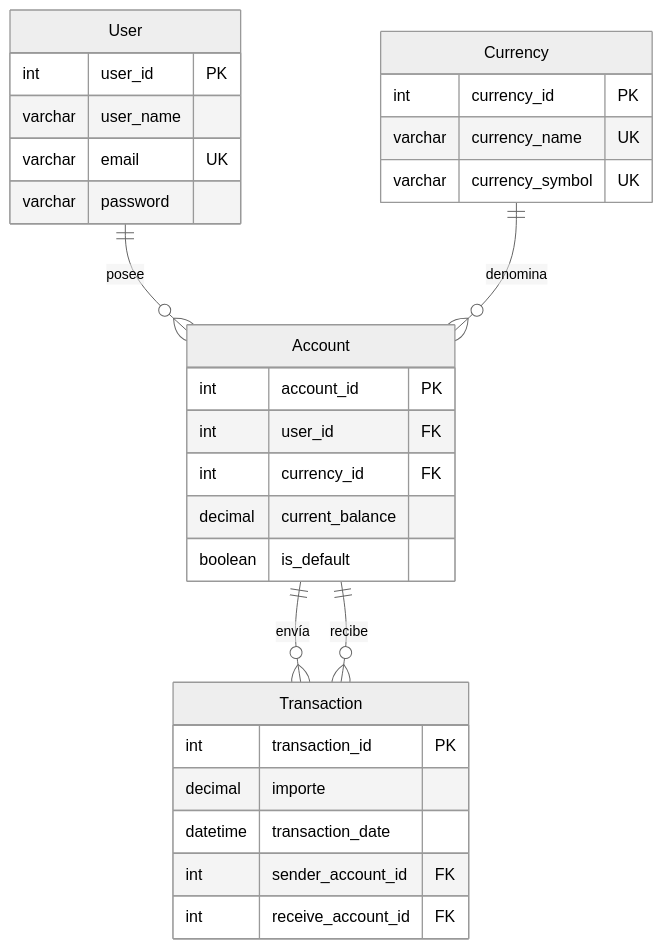
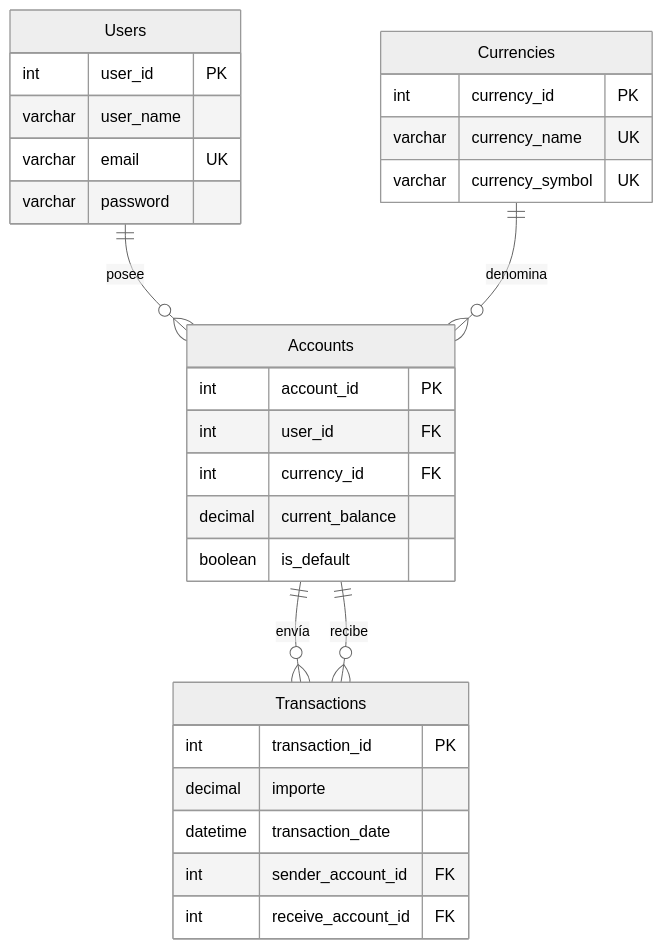
One commit to scarvallot/alke-wallet changed the diagram in database/03_Scalable/alke_wallet_modelo_scalable/diagrams/alke_wallet_er.md. Above: the diagram before and after it, drawn with Mermaid (neutral theme). The commit also changed 21 other files, not shown here.

````diff
--- a/database/03_Scalable/alke_wallet_modelo_scalable/diagrams/alke_wallet_er.md
+++ b/database/03_Scalable/alke_wallet_modelo_scalable/diagrams/alke_wallet_er.md
@@ -1,36 +1,36 @@
 ```mermaid
 erDiagram
-    User {
+    Users {
         int user_id PK
         varchar user_name
         varchar email UK
         varchar password
     }
 
-    Currency {
+    Currencies {
         int currency_id PK
         varchar currency_name UK
         varchar currency_symbol UK
     }
 
-    Account {
+    Accounts {
         int account_id PK
         int user_id FK
         int currency_id FK
         decimal current_balance
         boolean is_default
     }
 
-    Transaction {
+    Transactions {
         int transaction_id PK
         decimal importe
         datetime transaction_date
         int sender_account_id FK
         int receive_account_id FK
     }
 
-    User ||--o{ Account : "posee"
-    Currency ||--o{ Account : "denomina"
-    Account ||--o{ Transaction : "envía"
-    Account ||--o{ Transaction : "recibe"
+    Users ||--o{ Accounts : "posee"
+    Currencies ||--o{ Accounts : "denomina"
+    Accounts ||--o{ Transactions : "envía"
+    Accounts ||--o{ Transactions : "recibe"
 ```
````
